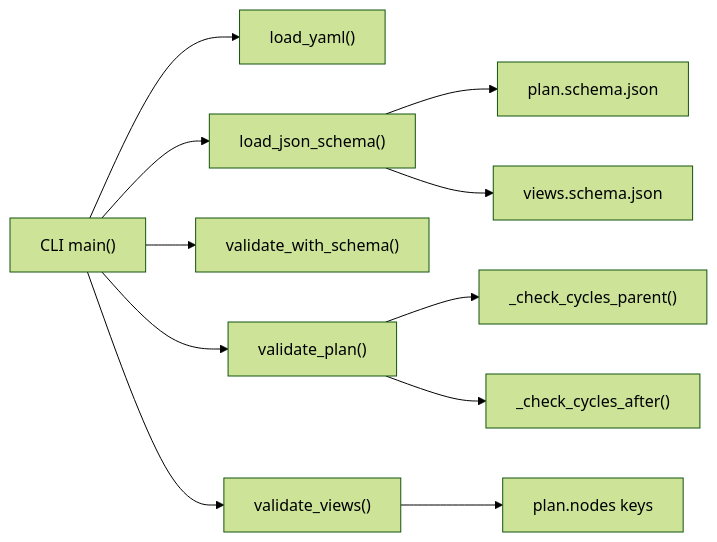
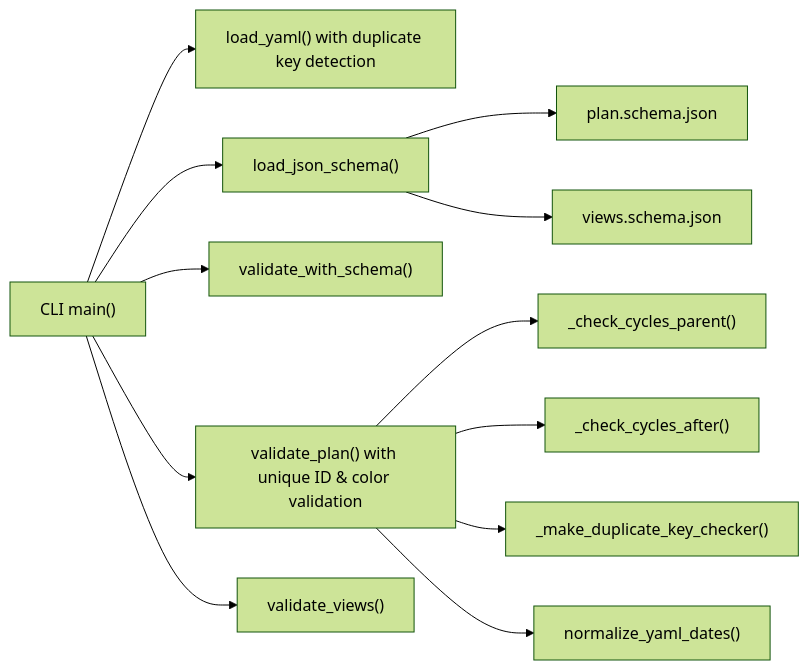
One commit to asukhodko/opskarta changed the third of 3 diagrams in .qoder/repowiki/en/content/Tooling and Utilities/Validation System.md. Above: the diagram before and after it, drawn with Mermaid (forest theme). The commit also changed other lines of this file and 6 other files, not shown here.

````diff
--- a/.qoder/repowiki/en/content/Tooling and Utilities/Validation System.md
+++ b/.qoder/repowiki/en/content/Tooling and Utilities/Validation System.md
@@ -238,13 +308,14 @@
 ```mermaid
 graph LR
-CLI["CLI main()"] --> LOAD_YAML["load_yaml()"]
+CLI["CLI main()"] --> LOAD_YAML["load_yaml() with duplicate key detection"]
 CLI --> LOAD_SCHEMA["load_json_schema()"]
 CLI --> VALIDATE_SCHEMA["validate_with_schema()"]
-CLI --> VALIDATE_PLAN["validate_plan()"]
+CLI --> VALIDATE_PLAN["validate_plan() with unique ID & color validation"]
 CLI --> VALIDATE_VIEWS["validate_views()"]
 VALIDATE_PLAN --> CYCLE_PARENT["_check_cycles_parent()"]
 VALIDATE_PLAN --> CYCLE_AFTER["_check_cycles_after()"]
-VALIDATE_VIEWS --> PLAN_NODES["plan.nodes keys"]
+VALIDATE_PLAN --> DUPLICATE_KEY_CHECKER["_make_duplicate_key_checker()"]
+VALIDATE_PLAN --> DATE_NORMALIZATION["normalize_yaml_dates()"]
 LOAD_SCHEMA --> PLAN_SCHEMA["plan.schema.json"]
 LOAD_SCHEMA --> VIEWS_SCHEMA["views.schema.json"]
 ```
````
